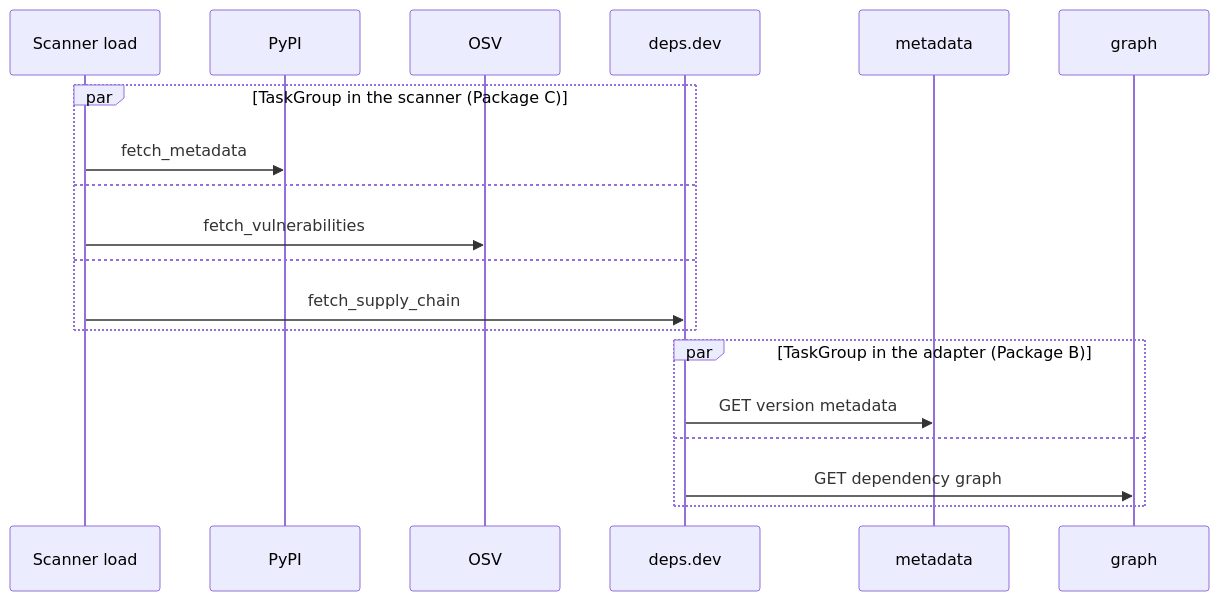
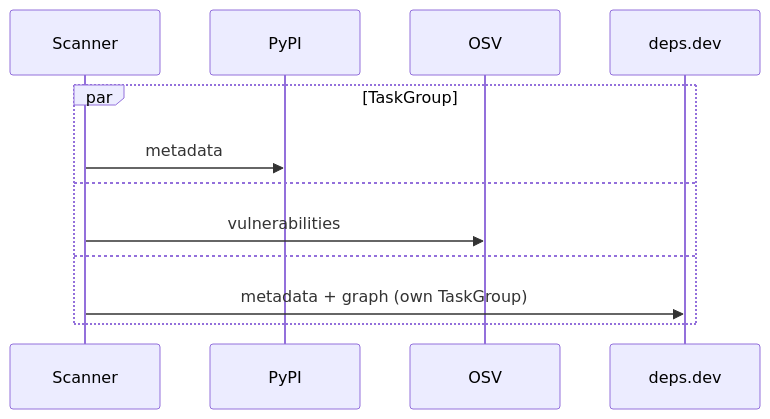
One commit to tho-ple/MSE-AI-LAB-03 changed the fourth of 5 diagrams in video/presentation.md. Above: the diagram before and after it, drawn with Mermaid. The commit also changed other lines of this file and 1 other file, not shown here.

````diff
--- a/video/presentation.md
+++ b/video/presentation.md
@@ -96,21 +62,14 @@
 ```mermaid
 sequenceDiagram
-    participant L as Scanner load
+    participant L as Scanner
     participant P as PyPI
     participant O as OSV
     participant D as deps.dev
-    participant M as metadata
-    participant G as graph
-    par TaskGroup in the scanner (Package C)
-        L->>P: fetch_metadata
+    par TaskGroup
+        L->>P: metadata
     and
-        L->>O: fetch_vulnerabilities
+        L->>O: vulnerabilities
     and
-        L->>D: fetch_supply_chain
-    end
-    par TaskGroup in the adapter (Package B)
-        D->>M: GET version metadata
-    and
-        D->>G: GET dependency graph
+        L->>D: metadata + graph (own TaskGroup)
     end
 ```
````
